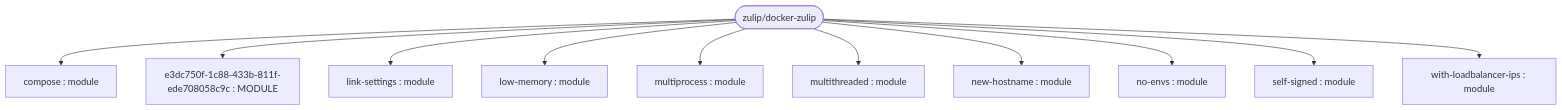
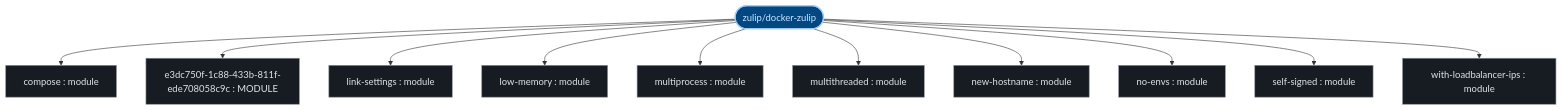
The first of 3 diagrams in exports/latest/reports/zulip-docker-zulip-report.md (kumarshaz/atruss-code-atlas), drawn with Mermaid before and after one commit. The commit also changed other lines of this file and 331 other files, not shown here.

Commit message:
docs,ui,fix: update SDLC docs, reorder CI/CD DAG first, stylize Mermaid, and fix Arc42 pipeline topology

````diff
--- a/exports/latest/reports/zulip-docker-zulip-report.md
+++ b/exports/latest/reports/zulip-docker-zulip-report.md
@@ -42,24 +42,31 @@
 ```mermaid
 graph TD;
-    e3dc750f_1c88_433b_811f_ede708058c9c["e3dc750f-1c88-433b-811f-ede708058c9c : MODULE"]
-    compose["compose : module"]
-    self_signed["self-signed : module"]
-    with_loadbalancer_ips["with-loadbalancer-ips : module"]
-    link_settings["link-settings : module"]
-    new_hostname["new-hostname : module"]
-    no_envs["no-envs : module"]
-    low_memory["low-memory : module"]
-    multiprocess["multiprocess : module"]
-    multithreaded["multithreaded : module"]
-    repo_root(["zulip/docker-zulip"])
+  classDef atlasRoot fill:#004882,stroke:#a3c9ff,stroke-width:2px,color:#d3e4ff
+  classDef atlasCategory fill:#212428,stroke:#E87A48,stroke-width:1.5px,color:#dfe3eb
+  classDef atlasWorkflow fill:#1b2026,stroke:#a3c9ff,stroke-width:1.5px,color:#dfe3eb
+  classDef atlasJob fill:#171c22,stroke:#8d9199,stroke-width:1px,color:#dfe3eb
+  classDef atlasTarget fill:#005227,stroke:#8bd99b,stroke-width:1.5px,color:#a7f6b6
+  classDef atlasAlert fill:#93000a,stroke:#ffb4ab,stroke-width:1.5px,color:#ffdad6
+  classDef atlasMore fill:#252a31,stroke:#8d9199,stroke-dasharray:4 4,color:#c3c6cf
+    e3dc750f_1c88_433b_811f_ede708058c9c["e3dc750f-1c88-433b-811f-ede708058c9c : MODULE"]:::atlasJob
+    compose["compose : module"]:::atlasJob
+    self_signed["self-signed : module"]:::atlasJob
+    with_loadbalancer_ips["with-loadbalancer-ips : module"]:::atlasJob
+    link_settings["link-settings : module"]:::atlasJob
+    new_hostname["new-hostname : module"]:::atlasJob
+    no_envs["no-envs : module"]:::atlasJob
+    low_memory["low-memory : module"]:::atlasJob
+    multiprocess["multiprocess : module"]:::atlasJob
+    multithreaded["multithreaded : module"]:::atlasJob
+    repo_root(["zulip/docker-zulip"]):::atlasRoot
     repo_root --> compose
     repo_root --> e3dc750f_1c88_433b_811f_ede708058c9c
     repo_root --> link_settings
     repo_root --> low_memory
     repo_root --> multiprocess
     repo_root --> multithreaded
     repo_root --> new_hostname
     repo_root --> no_envs
     repo_root --> self_signed
     repo_root --> with_loadbalancer_ips
 ```
````
